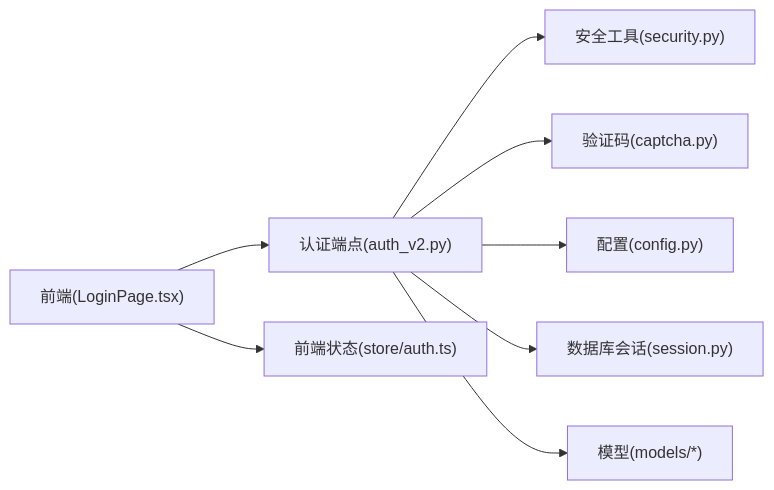
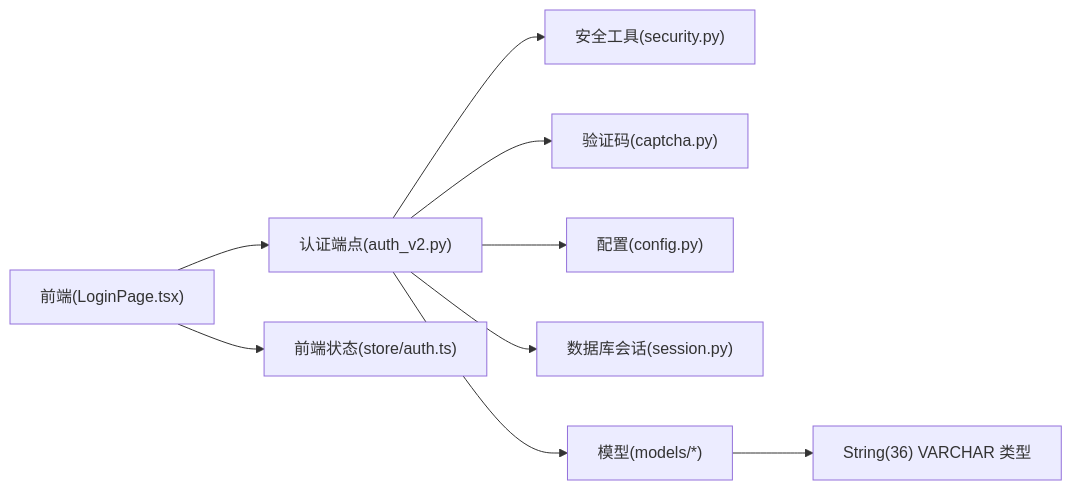
One commit to Miyuan2018/ruicheng-edu-system changed the tenth of 10 diagrams in .qoder/repowiki/zh/content/核心功能模块/用户认证系统.md. Above: the diagram before and after it, drawn with Mermaid. The commit also changed other lines of this file and 6 other files, not shown here.

````diff
--- a/.qoder/repowiki/zh/content/核心功能模块/用户认证系统.md
+++ b/.qoder/repowiki/zh/content/核心功能模块/用户认证系统.md
@@ -352,10 +441,11 @@
 ```mermaid
 graph LR
 Auth["认证端点(auth_v2.py)"] --> Sec["安全工具(security.py)"]
 Auth --> Cap["验证码(captcha.py)"]
 Auth --> Cfg["配置(config.py)"]
 Auth --> Db["数据库会话(session.py)"]
 Auth --> Mdl["模型(models/*)"]
+Mdl --> DBType["String(36) VARCHAR 类型"]
 FE["前端(LoginPage.tsx)"] --> Auth
 FE --> Store["前端状态(store/auth.ts)"]
 ```
````
